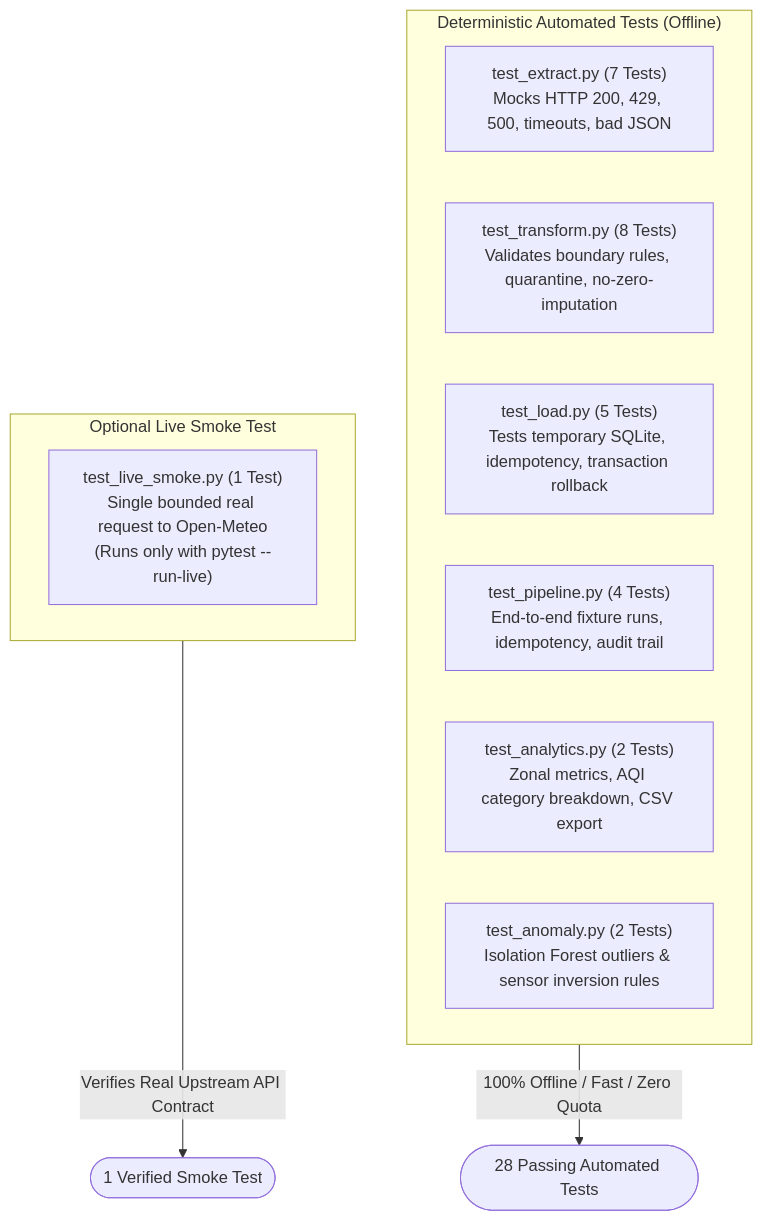
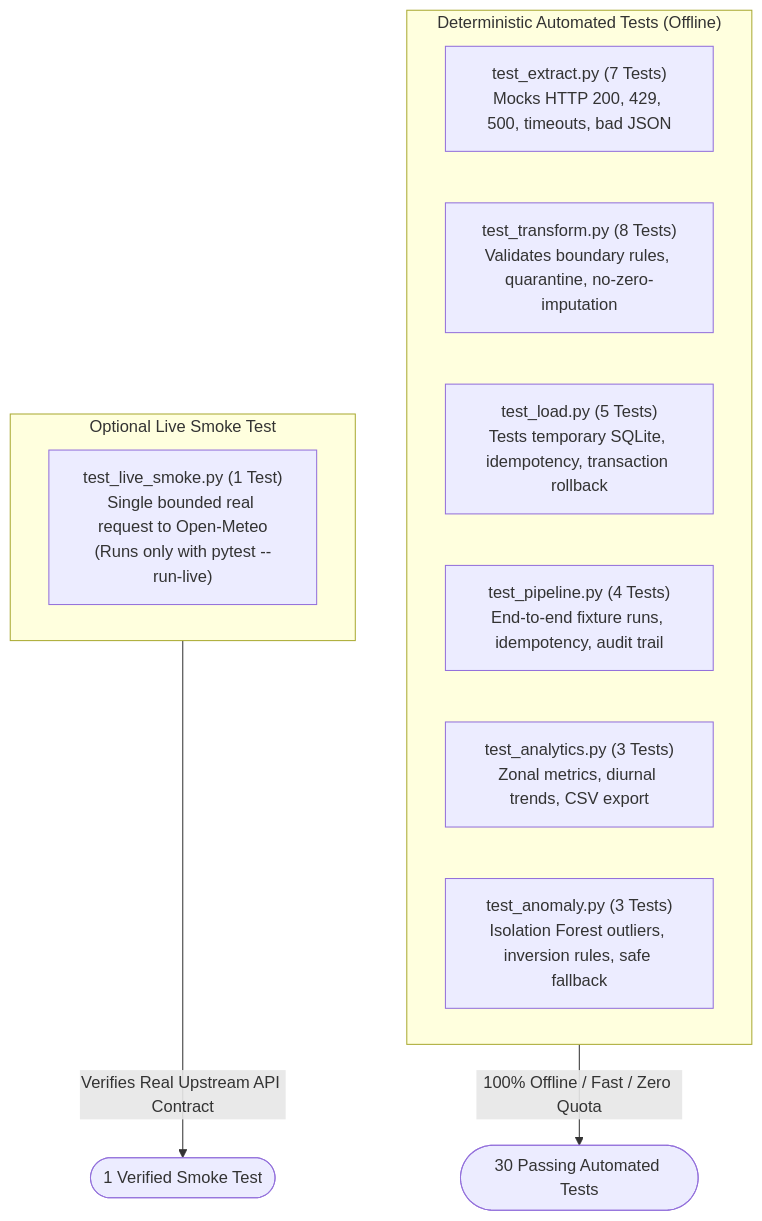
One commit to HxWildE/AQI_India changed the fifth of 5 diagrams in learning/07_architecture_and_data_flow.md. Above: the diagram before and after it, drawn with Mermaid. The commit also changed 10 other files, not shown here.

Commit message:
feat: add diurnal pollution cycle analytics, ML feature attribution, and expand test suite to 30 tests

````diff
--- a/learning/07_architecture_and_data_flow.md
+++ b/learning/07_architecture_and_data_flow.md
@@ -175,18 +175,18 @@
 ```mermaid
 graph TD
     subgraph Unit["Deterministic Automated Tests (Offline)"]
         TestExt["test_extract.py (7 Tests)<br/>Mocks HTTP 200, 429, 500, timeouts, bad JSON"]
         TestTrans["test_transform.py (8 Tests)<br/>Validates boundary rules, quarantine, no-zero-imputation"]
         TestLoad["test_load.py (5 Tests)<br/>Tests temporary SQLite, idempotency, transaction rollback"]
         TestPipe["test_pipeline.py (4 Tests)<br/>End-to-end fixture runs, idempotency, audit trail"]
-        TestAnalytics["test_analytics.py (2 Tests)<br/>Zonal metrics, AQI category breakdown, CSV export"]
-        TestAnomaly["test_anomaly.py (2 Tests)<br/>Isolation Forest outliers & sensor inversion rules"]
+        TestAnalytics["test_analytics.py (3 Tests)<br/>Zonal metrics, diurnal trends, CSV export"]
+        TestAnomaly["test_anomaly.py (3 Tests)<br/>Isolation Forest outliers, inversion rules, safe fallback"]
     end
 
     subgraph LiveSmoke["Optional Live Smoke Test"]
         LiveTest["test_live_smoke.py (1 Test)<br/>Single bounded real request to Open-Meteo<br/>(Runs only with pytest --run-live)"]
     end
 
-    Unit -->|100% Offline / Fast / Zero Quota| Passes([28 Passing Automated Tests])
+    Unit -->|100% Offline / Fast / Zero Quota| Passes([30 Passing Automated Tests])
     LiveSmoke -->|Verifies Real Upstream API Contract| LivePass([1 Verified Smoke Test])
 ```
````
